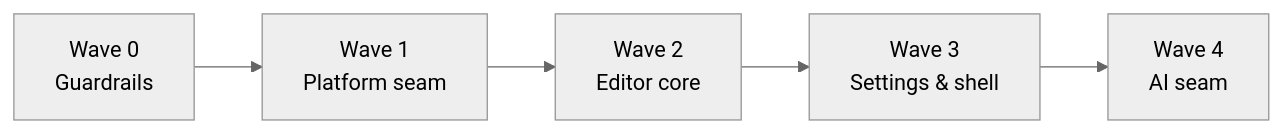
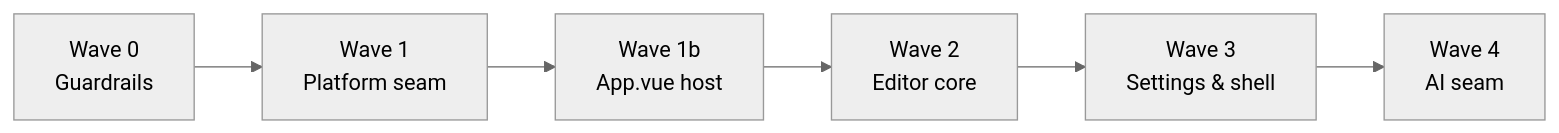
Before and after one commit to ofekisr/solomd-rtl: the diagram in docs/superpowers/specs/2026-10-30-wave-refactor-hld.md, drawn with Mermaid (neutral theme). The commit also changed other lines of this file and 21 other files, not shown here.

First line of the commit message:
refactor(shell): Wave 1b — App.vue 2005 → 475 lines

````diff
--- a/docs/superpowers/specs/2026-10-30-wave-refactor-hld.md
+++ b/docs/superpowers/specs/2026-10-30-wave-refactor-hld.md
@@ -62,7 +63,8 @@
 ```mermaid
 flowchart LR
   W0[Wave 0<br/>Guardrails] --> W1[Wave 1<br/>Platform seam]
-  W1 --> W2[Wave 2<br/>Editor core]
+  W1 --> W1b[Wave 1b<br/>App.vue host]
+  W1b --> W2[Wave 2<br/>Editor core]
   W2 --> W3[Wave 3<br/>Settings & shell]
   W3 --> W4[Wave 4<br/>AI seam]
 ```
````
